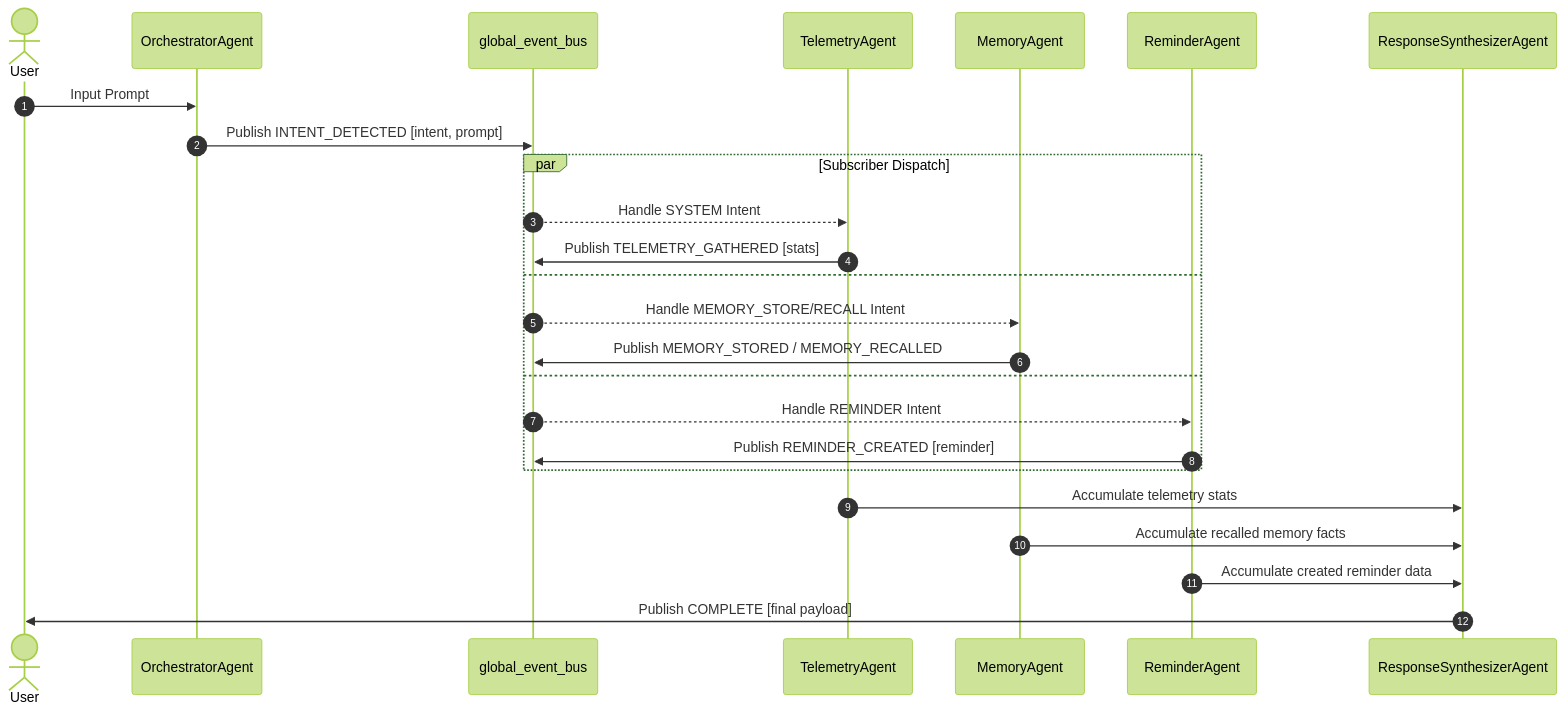
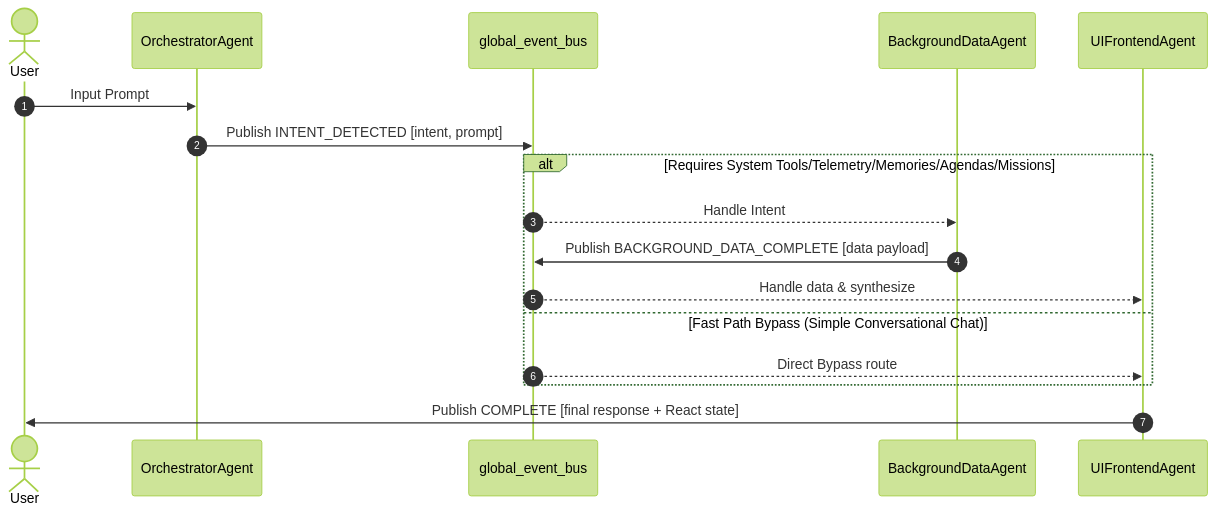
Before and after one commit to Mithunvisvesh/jarvis: the second of 3 diagrams in jarvis/ARCHITECTURE.md, drawn with Mermaid (forest theme). The commit also changed other lines of this file and 20 other files, not shown here.

Commit message:
docs & feat: Complete product transformations, bug fixes, and final prep

````diff
--- a/jarvis/ARCHITECTURE.md
+++ b/jarvis/ARCHITECTURE.md
@@ -43,31 +43,22 @@
 ```mermaid
 sequenceDiagram
     autonumber
     actor User
     participant Orchestrator as OrchestratorAgent
     participant Bus as global_event_bus
-    participant Telemetry as TelemetryAgent
-    participant Memory as MemoryAgent
-    participant Reminder as ReminderAgent
-    participant Synthesizer as ResponseSynthesizerAgent
+    participant Background as BackgroundDataAgent
+    participant Frontend as UIFrontendAgent
 
     User->>Orchestrator: Input Prompt
     Orchestrator->>Bus: Publish INTENT_DETECTED [intent, prompt]
     
-    par Subscriber Dispatch
-        Bus-->>Telemetry: Handle SYSTEM Intent
-        Telemetry->>Bus: Publish TELEMETRY_GATHERED [stats]
-    and
-        Bus-->>Memory: Handle MEMORY_STORE/RECALL Intent
-        Memory->>Bus: Publish MEMORY_STORED / MEMORY_RECALLED
-    and
-        Bus-->>Reminder: Handle REMINDER Intent
-        Reminder->>Bus: Publish REMINDER_CREATED [reminder]
+    alt Requires System Tools/Telemetry/Memories/Agendas/Missions
+        Bus-->>Background: Handle Intent
+        Background->>Bus: Publish BACKGROUND_DATA_COMPLETE [data payload]
+        Bus-->>Frontend: Handle data & synthesize
+    else Fast Path Bypass (Simple Conversational Chat)
+        Bus-->>Frontend: Direct Bypass route
     end
-
-    Telemetry->>Synthesizer: Accumulate telemetry stats
-    Memory->>Synthesizer: Accumulate recalled memory facts
-    Reminder->>Synthesizer: Accumulate created reminder data
-
-    Synthesizer->>User: Publish COMPLETE [final payload]
+    
+    Frontend->>User: Publish COMPLETE [final response + React state]
 ```
````
